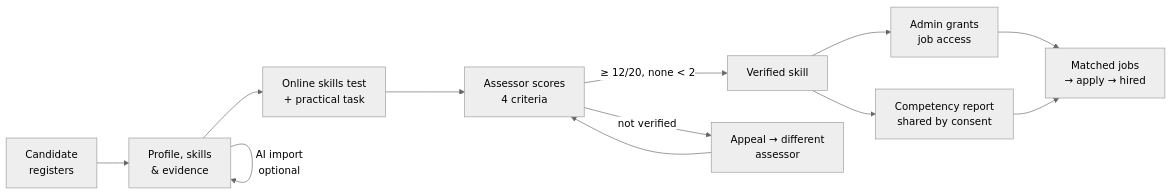
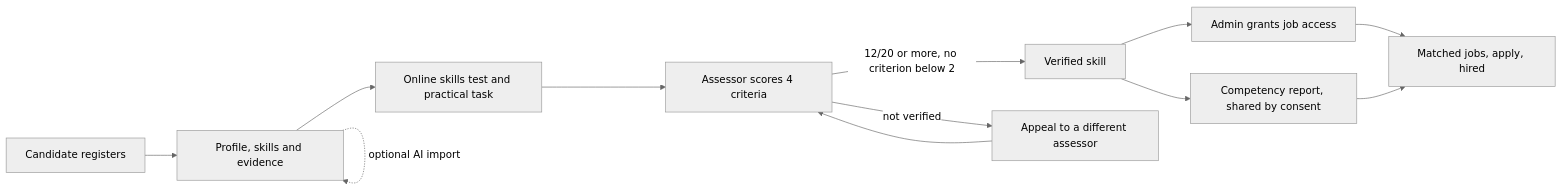
Before and after one commit to cjaihub/skillproof: the first of 2 diagrams in README.md, drawn with Mermaid (neutral theme). The commit also changed other lines of this file and 21 other files, not shown here.

````diff
--- a/README.md
+++ b/README.md
@@ -34,14 +42,14 @@
 ```mermaid
 flowchart LR
-    A[Candidate<br/>registers] --> B[Profile, skills<br/>& evidence]
-    B -->|AI import<br/>optional| B
-    B --> C[Online skills test<br/>+ practical task]
-    C --> D[Assessor scores<br/>4 criteria]
-    D -->|≥ 12/20, none < 2| E[Verified skill]
-    D -->|not verified| F[Appeal → different<br/>assessor]
+    A["Candidate registers"] --> B["Profile, skills and evidence"]
+    B -. "optional AI import" .-> B
+    B --> C["Online skills test and practical task"]
+    C --> D["Assessor scores 4 criteria"]
+    D -- "12/20 or more, no criterion below 2" --> E["Verified skill"]
+    D -- "not verified" --> F["Appeal to a different assessor"]
     F --> D
-    E --> G[Competency report<br/>shared by consent]
-    E --> H[Admin grants<br/>job access]
-    H --> I[Matched jobs<br/>→ apply → hired]
+    E --> G["Competency report, shared by consent"]
+    E --> H["Admin grants job access"]
+    H --> I["Matched jobs, apply, hired"]
     G --> I
 ```
````
